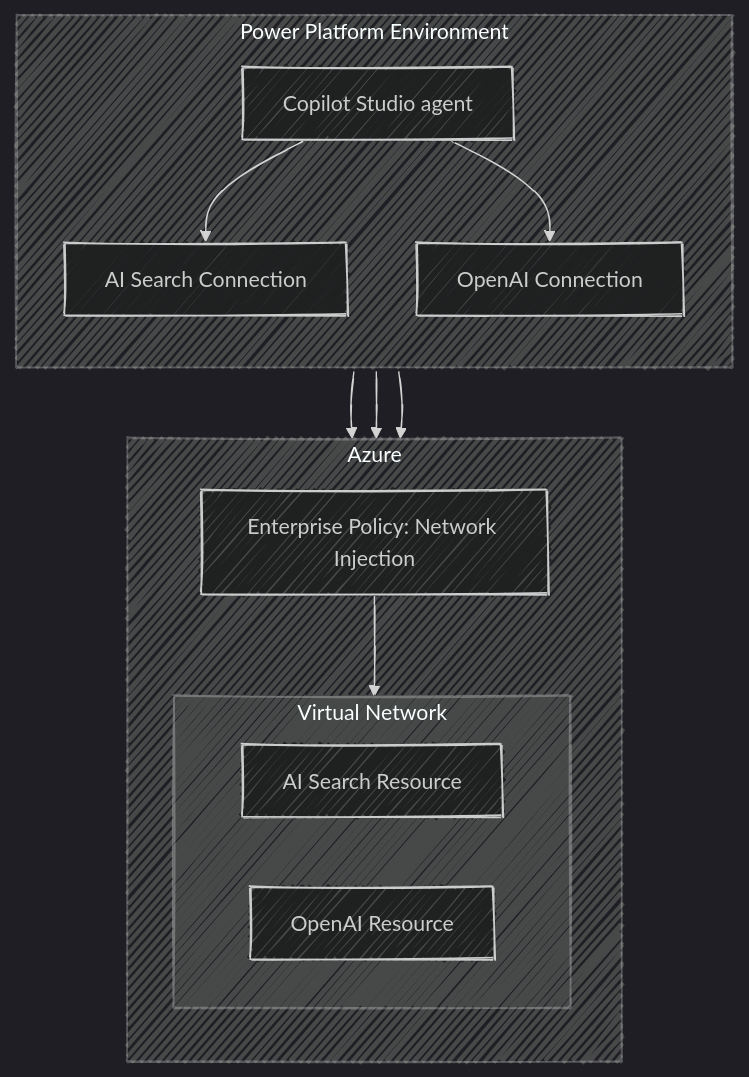
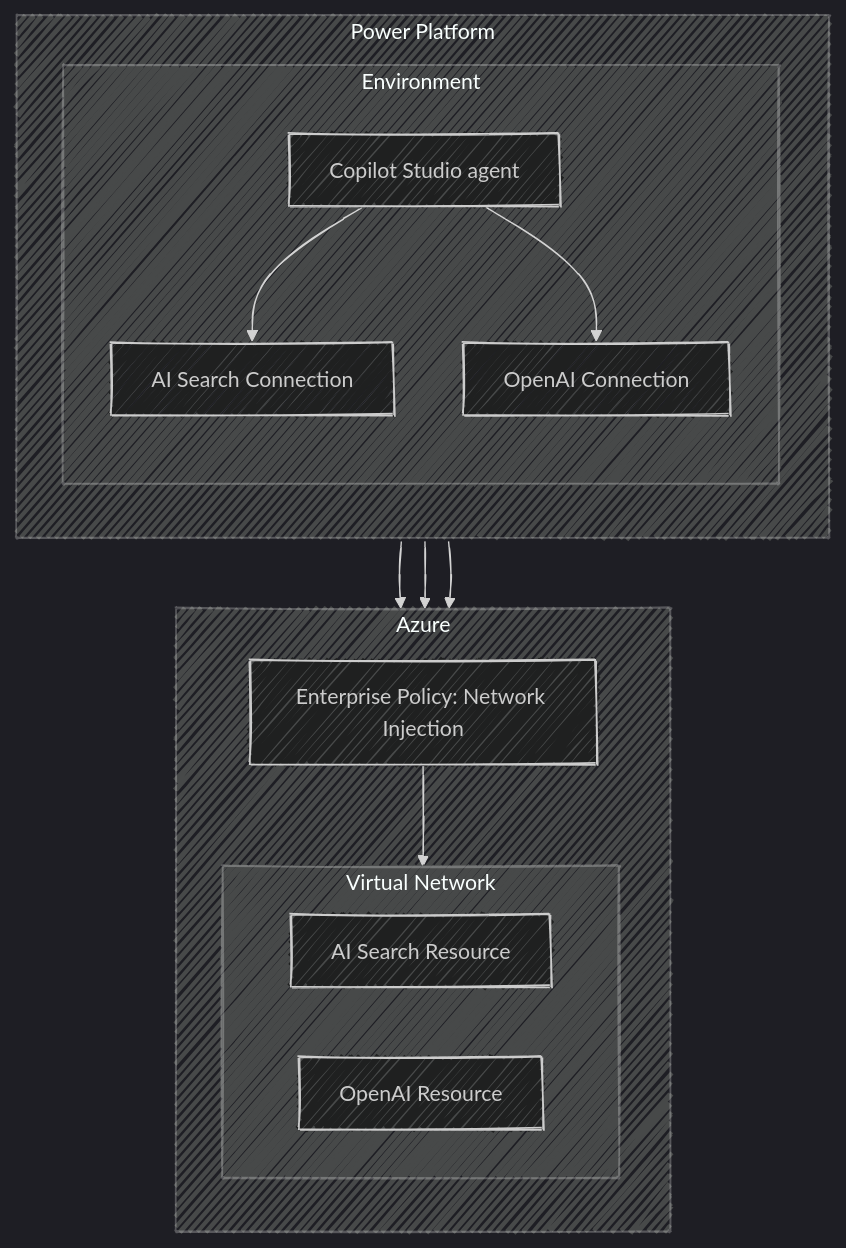
The diagram in README.md (Azure-Samples/Copilot-Studio-with-Azure-AI-Search), drawn with Mermaid before and after one commit. The commit also changed other lines of this file, not shown here.

Commit message:
Review updates

````diff
--- a/README.md
+++ b/README.md
@@ -22,33 +22,36 @@
 ```mermaid
 ---
 config:
   theme: dark
   look: handDrawn
   width: 1000
   height: 600
 ---
 graph TD
-  subgraph PowerPlatform["Power Platform Environment"]
+  subgraph PowerPlatform["Power Platform"]
     direction TB
-    A[AI Search Connection]
-    B[Copilot Studio agent]
-    C[OpenAI Connection]
+    subgraph Environment["Environment"]
+      direction TB
+      A[AI Search Connection]
+      B[Copilot Studio agent]
+      C[OpenAI Connection]
+    end
   end
 
   subgraph Azure["Azure"]
     direction TB
     D[Enterprise Policy: Network Injection]
     subgraph VirtualNetwork["Virtual Network"]
         direction LR
         E[AI Search Resource]
         F[OpenAI Resource]
     end
   end
 
-  PowerPlatform --> D
+  Environment --> D
   B --> C
   B --> A
   C --> F
   A --> E
   D --> VirtualNetwork
 ```
````
